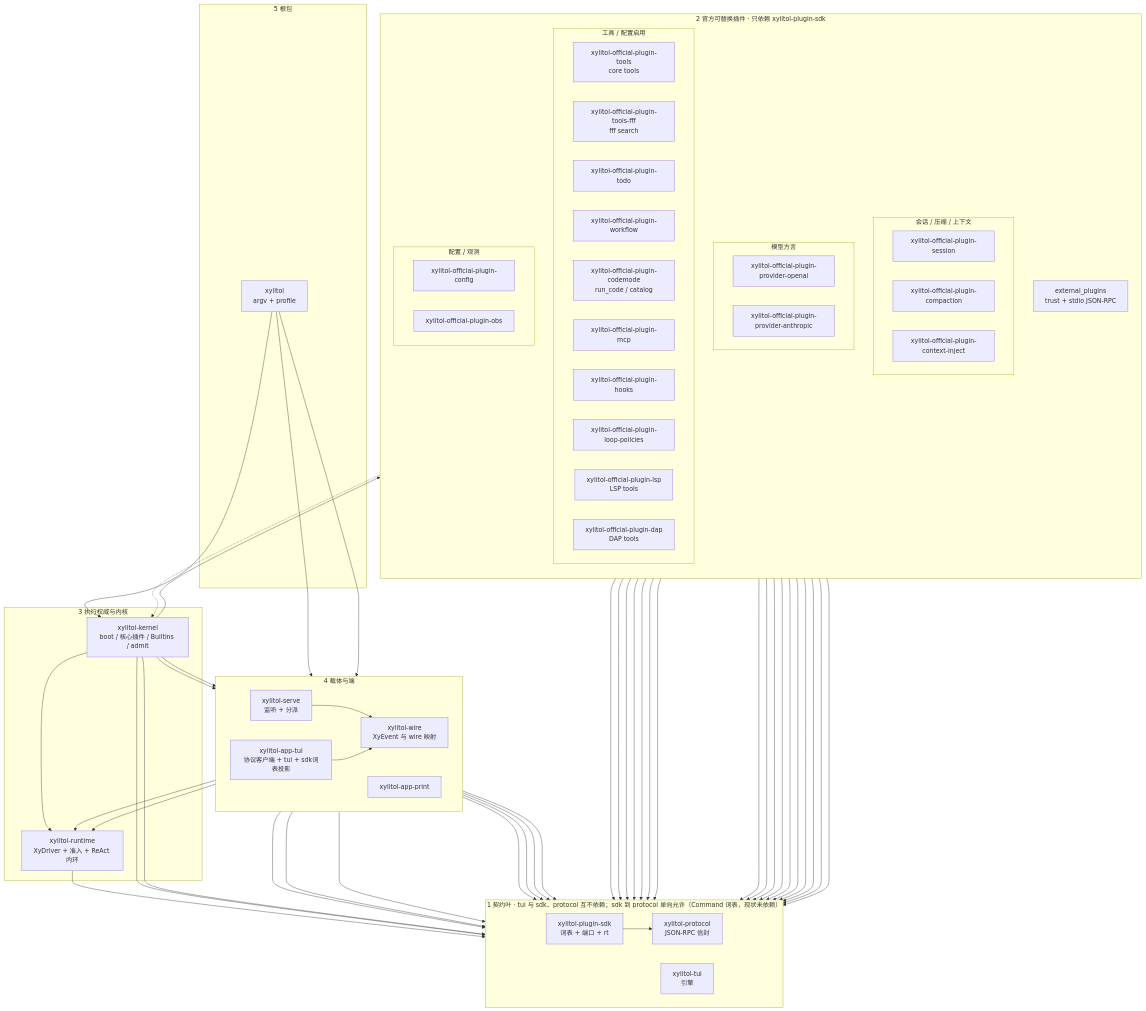
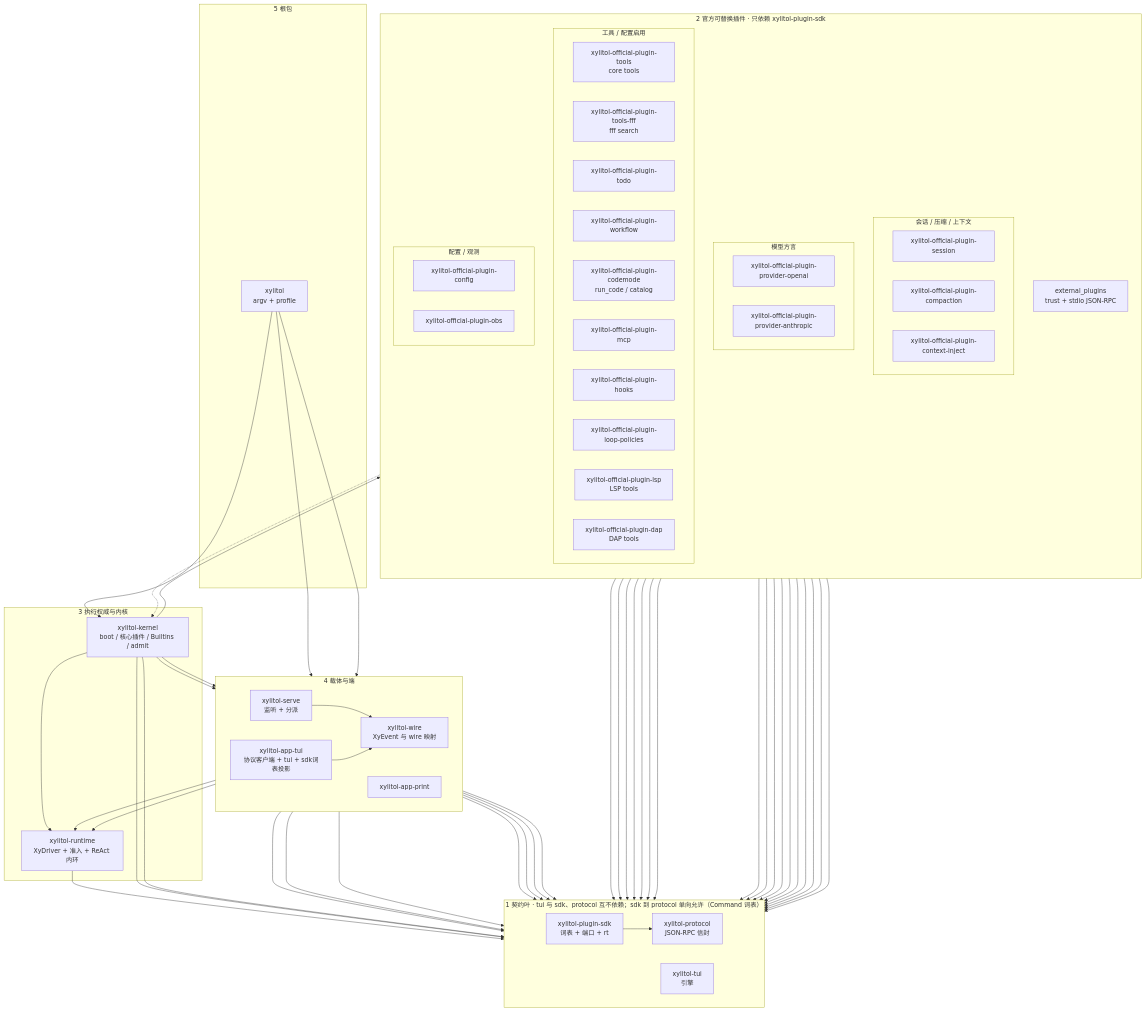
The first of 2 diagrams in src/AGENTS.md (StrayDragon/xylitol), drawn with Mermaid before and after one commit. The commit also changed 24 other files, not shown here.

````diff
--- a/src/AGENTS.md
+++ b/src/AGENTS.md
@@ -15,6 +15,6 @@
 ```mermaid
 flowchart TB
-  subgraph contracts["1 契约叶 · tui 与 sdk、protocol 互不依赖；sdk 到 protocol 单向允许（Command 词表，现状未依赖）"]
+  subgraph contracts["1 契约叶 · tui 与 sdk、protocol 互不依赖；sdk 到 protocol 单向允许（Command 词表）"]
     direction LR
     xylitol_plugin_sdk["xylitol-plugin-sdk<br/>词表 + 端口 + rt"]
     xylitol_protocol["xylitol-protocol<br/>JSON-RPC 信封"]
````
